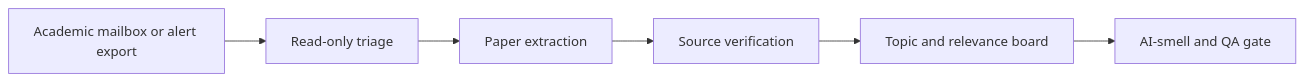
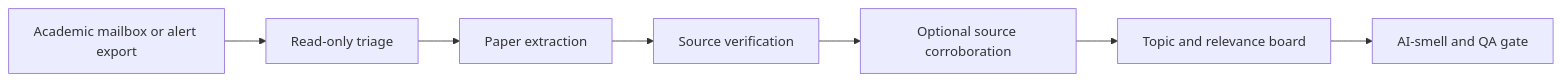
The diagram in README.md (Mingdao007/mail2paperlist-skill), drawn with Mermaid before and after one commit. The commit also changed other lines of this file and 5 other files, not shown here.

Commit message:
Document v0.2 source corroboration workflow

````diff
--- a/README.md
+++ b/README.md
@@ -42,8 +42,9 @@
 ```mermaid
 flowchart LR
     A["Academic mailbox or alert export"] --> B["Read-only triage"]
     B --> C["Paper extraction"]
     C --> D["Source verification"]
-    D --> E["Topic and relevance board"]
-    E --> F["AI-smell and QA gate"]
+    D --> E["Optional source corroboration"]
+    E --> F["Topic and relevance board"]
+    F --> G["AI-smell and QA gate"]
 ```
````
